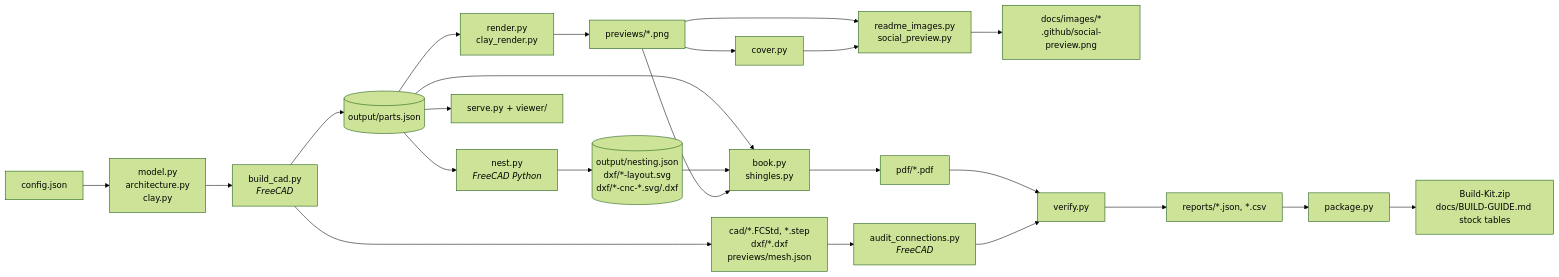
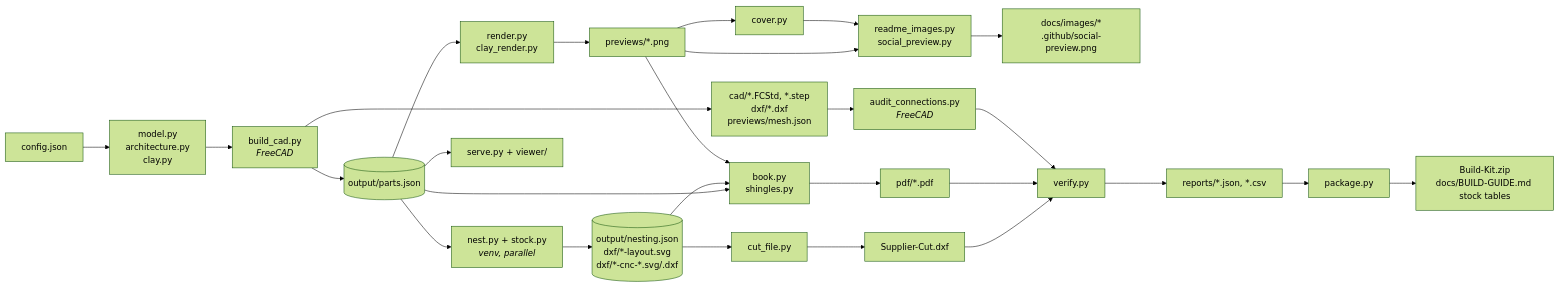
One commit to hvitis/LanternHouse changed the diagram in docs/PIPELINE.md. Above: the diagram before and after it, drawn with Mermaid (forest theme). The commit also changed other lines of this file and 89 other files, not shown here.

````diff
--- a/docs/PIPELINE.md
+++ b/docs/PIPELINE.md
@@ -18,26 +18,29 @@
 ```mermaid
 flowchart LR
   cfg[config.json] --> model[model.py<br/>architecture.py<br/>clay.py]
   model --> cad[build_cad.py<br/><i>FreeCAD</i>]
   cad --> parts[(output/parts.json)]
   cad --> step[cad/*.FCStd, *.step<br/>dxf/*.dxf<br/>previews/mesh.json]
-  parts --> nest[nest.py<br/><i>FreeCAD Python</i>]
+  parts --> nest[nest.py + stock.py<br/><i>venv, parallel</i>]
   nest --> nesting[(output/nesting.json<br/>dxf/*-layout.svg<br/>dxf/*-cnc-*.svg/.dxf)]
   step --> audit[audit_connections.py<br/><i>FreeCAD</i>]
   parts --> render[render.py<br/>clay_render.py]
   render --> previews[previews/*.png]
   previews --> cover[cover.py]
   previews --> readme[readme_images.py<br/>social_preview.py]
   cover --> readme
   readme --> readme_docs[docs/images/*<br/>.github/social-preview.png]
   parts --> book[book.py<br/>shingles.py]
   nesting --> book
   previews --> book
   book --> pdf[pdf/*.pdf]
+  nesting --> cutfile[cut_file.py]
+  cutfile --> cutdxf[Supplier-Cut.dxf]
+  cutdxf --> verify
   pdf --> verify[verify.py]
   audit --> verify
   verify --> reports[reports/*.json, *.csv]
   reports --> package[package.py]
   package --> zip[Build-Kit.zip<br/>docs/BUILD-GUIDE.md stock tables]
   parts --> viewer[serve.py + viewer/]
 ```
````
